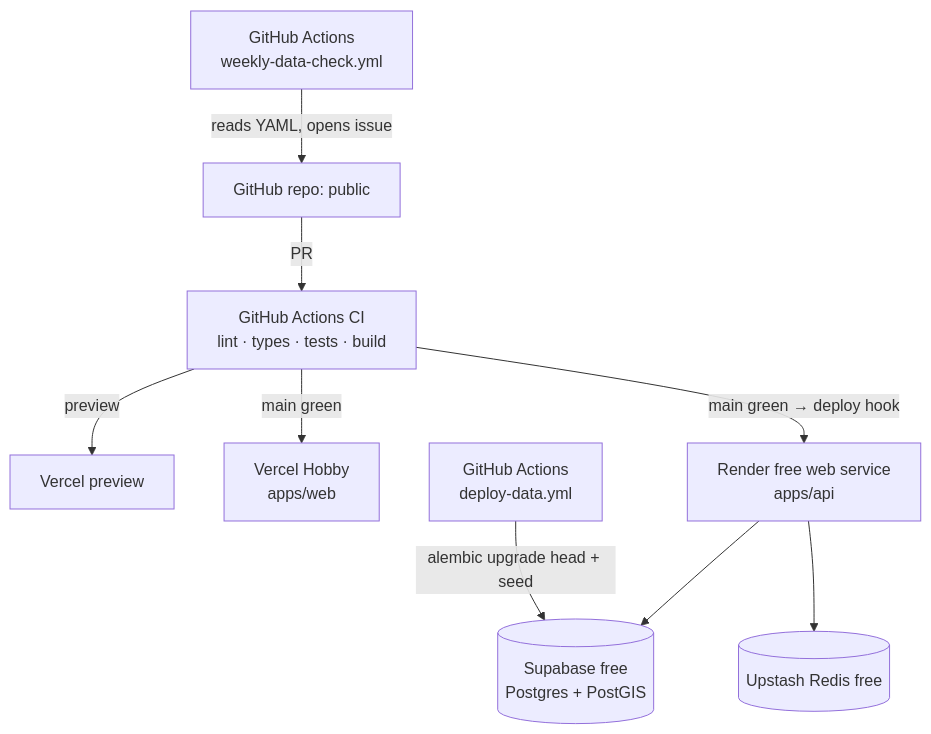
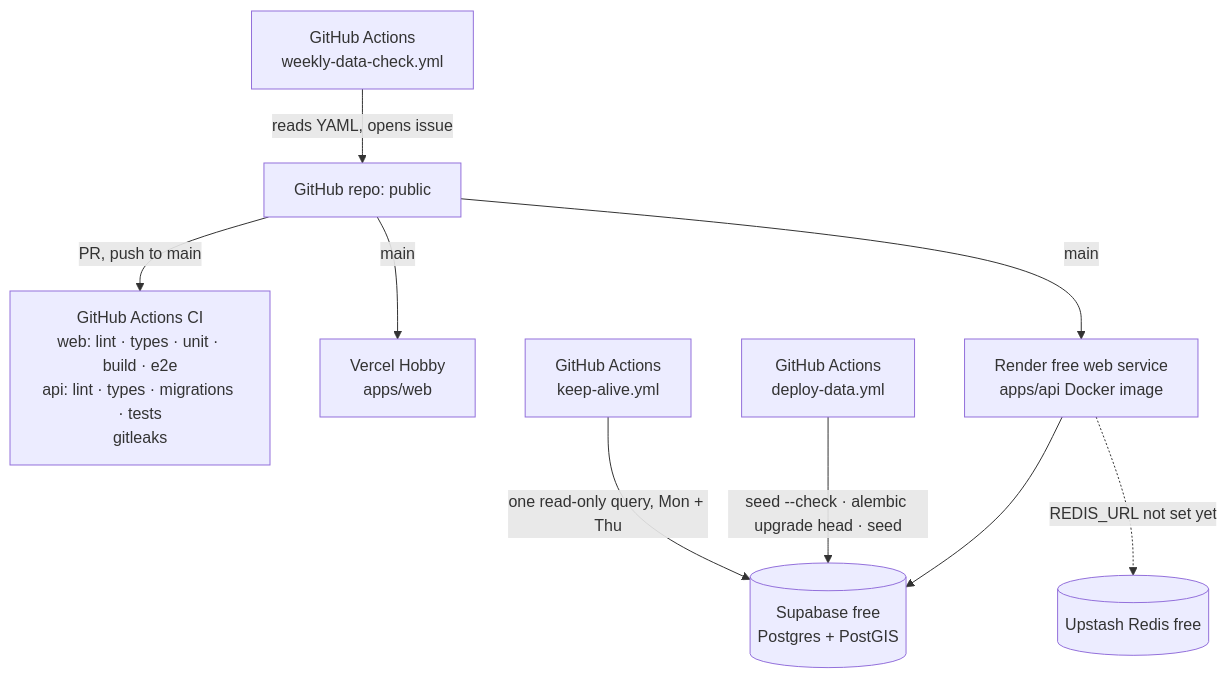
The diagram in docs/architecture/deployment-architecture.md (NagbhushanPai/AeroGuide), drawn with Mermaid before and after one commit. The commit also changed other lines of this file and 12 other files, not shown here.

First line of the commit message:
docs: bring architecture and database docs in line with the deployed code

````diff
--- a/docs/architecture/deployment-architecture.md
+++ b/docs/architecture/deployment-architecture.md
@@ -5,11 +5,11 @@
 ```mermaid
 flowchart TB
-  GH[GitHub repo: public] -->|PR| CI[GitHub Actions CI<br/>lint · types · tests · build]
-  CI -->|preview| VP[Vercel preview]
-  CI -->|main green| VD[Vercel Hobby<br/>apps/web]
-  CI -->|main green → deploy hook| RA[Render free web service<br/>apps/api]
+  GH[GitHub repo: public] -->|PR, push to main| CI[GitHub Actions CI<br/>web: lint · types · unit · build · e2e<br/>api: lint · types · migrations · tests<br/>gitleaks]
+  GH -->|main| VD[Vercel Hobby<br/>apps/web]
+  GH -->|main| RA[Render free web service<br/>apps/api Docker image]
   CRON[GitHub Actions<br/>weekly-data-check.yml] -->|reads YAML, opens issue| GH
-  DD[GitHub Actions<br/>deploy-data.yml] -->|alembic upgrade head + seed| SB[(Supabase free<br/>Postgres + PostGIS)]
+  KA[GitHub Actions<br/>keep-alive.yml] -->|one read-only query, Mon + Thu| SB
+  DD[GitHub Actions<br/>deploy-data.yml] -->|seed --check · alembic upgrade head · seed| SB[(Supabase free<br/>Postgres + PostGIS)]
   RA --> SB
-  RA --> RD[(Upstash Redis free)]
+  RA -.->|REDIS_URL not set yet| RD[(Upstash Redis free)]
 ```
````
